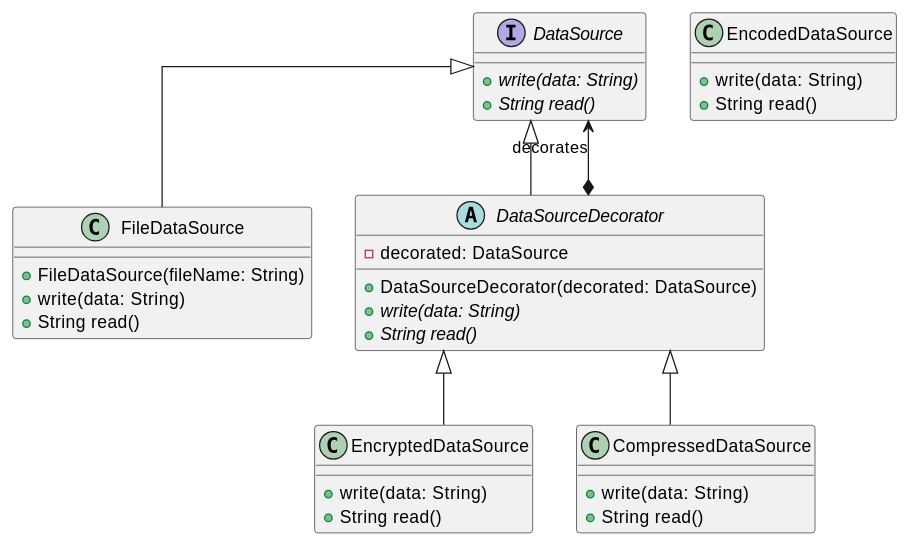
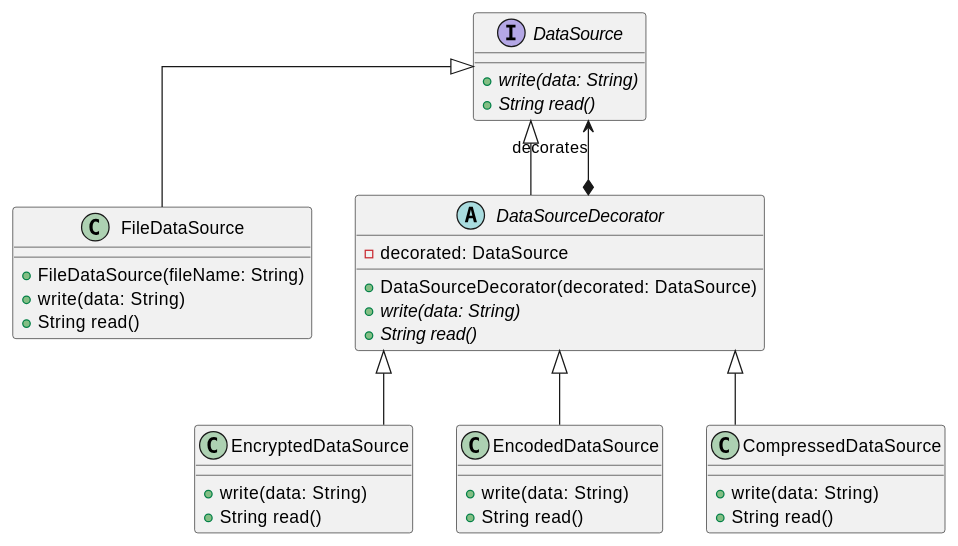
The first of 5 diagrams in Writerside/topics/Cours-3-Qualite-Logicielle.md (Ombrelin/adv-java), drawn with PlantUML before and after one commit. The commit also changed other lines of this file and 5 other files, not shown here.

````diff
--- a/Writerside/topics/Cours-3-Qualite-Logicielle.md
+++ b/Writerside/topics/Cours-3-Qualite-Logicielle.md
@@ -80,50 +80,51 @@
 ```plantuml
 @startuml
 skinparam linetype polyline
 skinparam linetype ortho
 
 
 interface DataSource {
     {abstract} +write(data: String)
     {abstract} +String read()
 }
 
 class FileDataSource {
     +FileDataSource(fileName: String)
     +write(data: String)
     +String read()
 }
 
 abstract class DataSourceDecorator {
     - decorated: DataSource 
     + DataSourceDecorator(decorated: DataSource)
     {abstract} +write(data: String)
     {abstract} +String read()
 }
 
 DataSource <|-- FileDataSource
 DataSource <|-- DataSourceDecorator
 
 DataSourceDecorator *--> DataSource : decorates
 
 class EncryptedDataSource {
     +write(data: String)
     +String read()
 }
 
 class EncodedDataSource {
     +write(data: String)
     +String read()
 }
 
 class CompressedDataSource {
     +write(data: String)
     +String read()
 }
 
 DataSourceDecorator <|-- EncryptedDataSource
 DataSourceDecorator <|-- CompressedDataSource
+DataSourceDecorator <|-- EncodedDataSource
 
 
 @enduml
 ```
````
